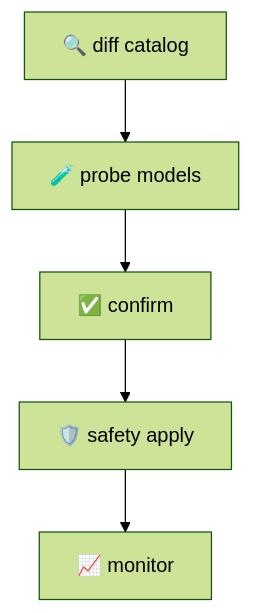
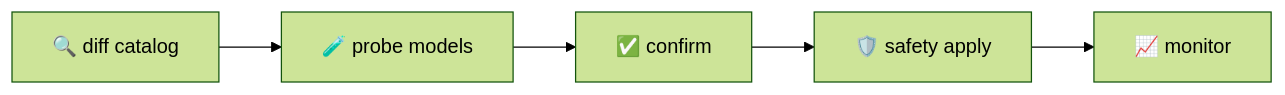
Before and after one commit to SunnyJayaRaju/oc-model-manager: the diagram in README.md, drawn with Mermaid (forest theme). The commit also changed other lines of this file, not shown here.

````diff
--- a/README.md
+++ b/README.md
@@ -20,7 +29,5 @@
 ```mermaid
-flowchart TD
-  A["🔍 diff catalog"] --> B["🧪 probe models"]
-  B --> C["✅ confirm"]
-  C --> D["🛡️ safety apply"]
-  D --> E["📈 monitor"]
+%%{init: {'flowchart': {'nodeSpacing': 40, 'rankSpacing': 50, 'padding': 16}}}%%
+flowchart LR
+  A["🔍 diff catalog"] --> B["🧪 probe models"] --> C["✅ confirm"] --> D["🛡️ safety apply"] --> E["📈 monitor"]
 ```
````
